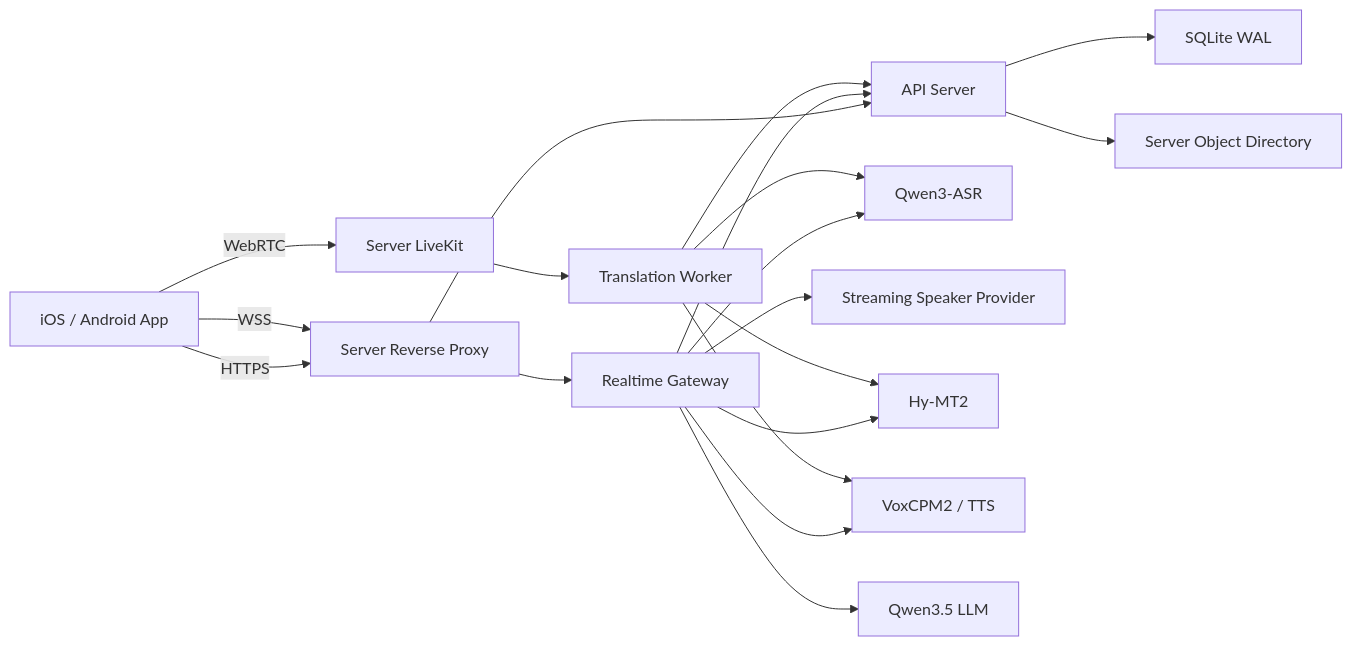
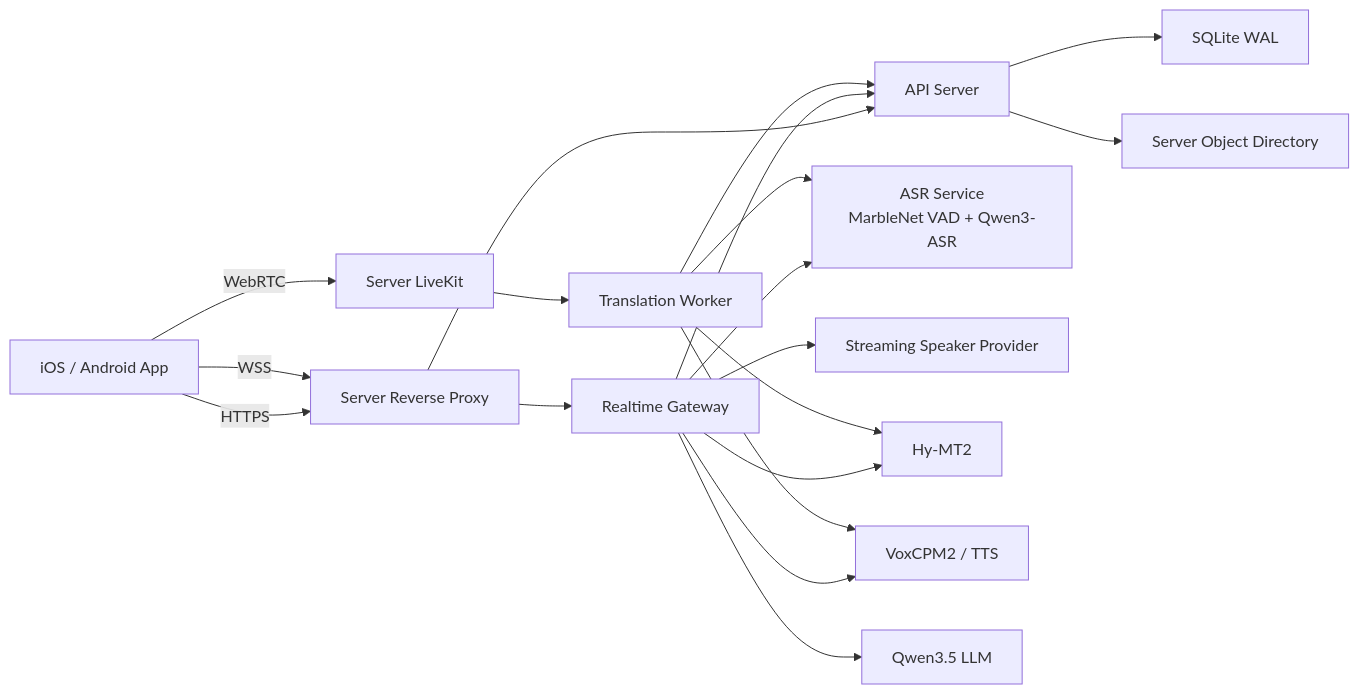
Before and after one commit to xutianliang77-create/ai-phone: the diagram in docs/ai-phone-two-tier-deployment-data-flow-design.md, drawn with Mermaid. The commit also changed other lines of this file and 4 other files, not shown here.

Commit message:
docs: integrate MarbleNet VAD optimization plan

````diff
--- a/docs/ai-phone-two-tier-deployment-data-flow-design.md
+++ b/docs/ai-phone-two-tier-deployment-data-flow-design.md
@@ -18,23 +18,23 @@
 ```mermaid
 flowchart LR
     Phone["iOS / Android App"] -->|HTTPS| Proxy["Server Reverse Proxy"]
     Phone -->|WSS| Proxy
     Phone -->|WebRTC| LiveKit["Server LiveKit"]
 
     Proxy --> API["API Server"]
     Proxy --> Gateway["Realtime Gateway"]
-    Gateway --> ASR["Qwen3-ASR"]
+    Gateway --> ASR["ASR Service<br/>MarbleNet VAD + Qwen3-ASR"]
     Gateway --> Speaker["Streaming Speaker Provider"]
     Gateway --> MT["Hy-MT2"]
     Gateway --> TTS["VoxCPM2 / TTS"]
     Gateway --> LLM["Qwen3.5 LLM"]
     Gateway --> API
     LiveKit --> Worker["Translation Worker"]
     Worker --> ASR
     Worker --> MT
     Worker --> TTS
     Worker --> API
 
     API --> SQLite["SQLite WAL"]
     API --> Objects["Server Object Directory"]
 ```
````
